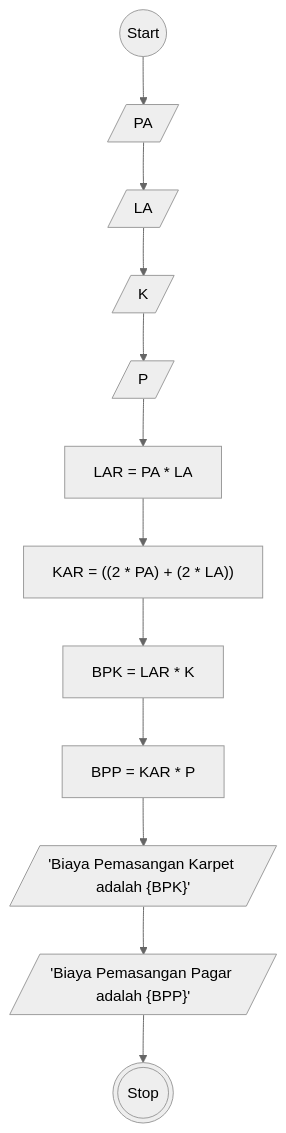
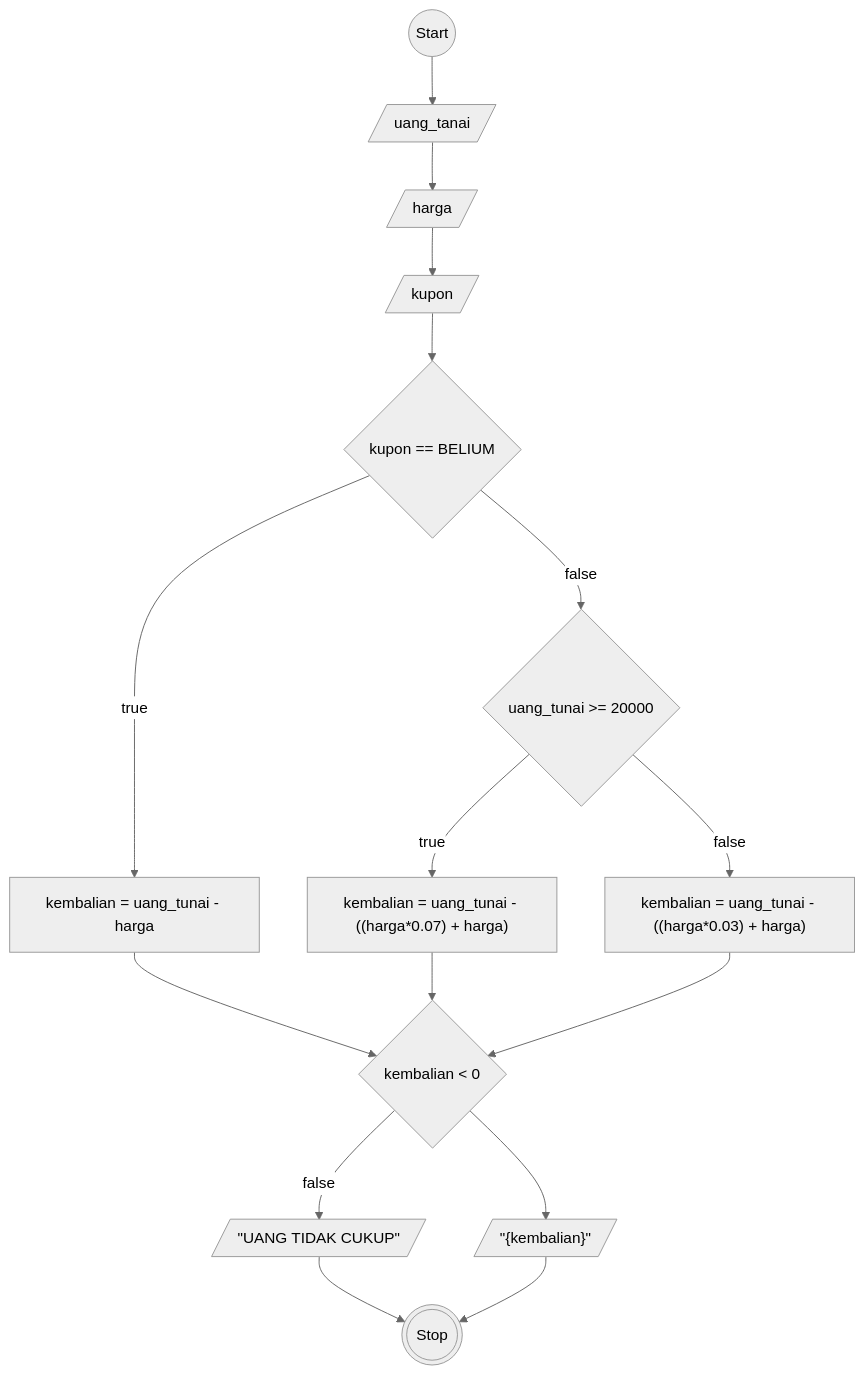
One commit to almarufh/Koda-B8-Algoritma changed the diagram in readme.md. Above: the diagram before and after it, drawn with Mermaid (neutral theme). The commit also changed other lines of this file, not shown here.

````diff
--- a/readme.md
+++ b/readme.md
@@ -21,19 +19,27 @@
 ```mermaid
+
 flowchart TD
 
-A@{ shape: circle, label: Start}
-B@{ shape: lean-r, label: PA }
-C@{ shape: lean-r, label: LA }
-D@{ shape: lean-r, label: K }
-E@{ shape: lean-r, label: P }
-F@{ shape: rect, label: "LAR = PA * LA" }
-G@{ shape: rect, label: "KAR = ((2 * PA) + (2 * LA))" }
-H@{ shape: rect, label: "BPK = LAR * K" }
-I@{ shape: rect, label: "BPP = KAR * P" }
-J@{ shape: lean-r, label: "'Biaya Pemasangan Karpet adalah {BPK}'"}
-K@{ shape: lean-r, label: "'Biaya Pemasangan Pagar adalah {BPP}'"}
-L@{ shape: dbl-circ, label: Stop}
+A@{ shape: circle, label: Start }
+B@{ shape: lean-r, label: uang_tanai }
+C@{ shape: lean-r, label: harga }
+D@{ shape: lean-r, label: kupon }
+E@{ shape: diamond, label: "kupon == BELIUM"}
+F@{ shape: rect, label: "kembalian = uang_tunai - harga" }
+G@{ shape: diamond, label: "uang_tunai >= 20000" }
+H@{ shape: diamond, label: "kembalian < 0" }
+I@{ shape: rect, label: "kembalian = uang_tunai - ((harga*0.07) + harga)" }
+J@{ shape: rect, label: "kembalian = uang_tunai - ((harga*0.03) + harga)" }
+K@{ shape: dbl-circ, label: Stop }
+L@{ shape: lean-r, label: '"UANG TIDAK CUKUP"' }
+M@{ shape: lean-r, label: '"{kembalian}"'}
 
-A --> B --> C --> D --> E --> F --> G --> H --> I --> J --> K --> L
+A --> B --> C --> D --> E
+E --true--> F --> H
+E --false--> G
+G --true--> I --> H
+G --false--> J --> H
+H  --false--> L --> K 
+H --> M --> K 
 
 ```
````
